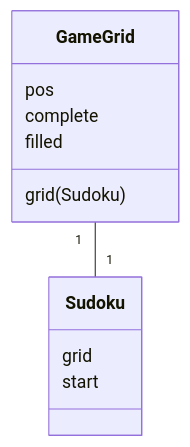
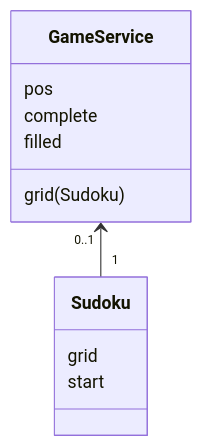
One commit to nikomakir/ot-harjoitustyo changed the first of 2 diagrams in dokumentaatio/arkkitehtuuri.md. Above: the diagram before and after it, drawn with Mermaid. The commit also changed other lines of this file, not shown here.

````diff
--- a/dokumentaatio/arkkitehtuuri.md
+++ b/dokumentaatio/arkkitehtuuri.md
@@ -5,15 +7,15 @@
 ```mermaid
 classDiagram
-   GameGrid "1" -- "1" Sudoku
+   GameService "0..1" <-- "1" Sudoku
    class Sudoku{
     grid 
     start
    }
-   class GameGrid{
+   class GameService{
     grid(Sudoku)
     pos
     complete
     filled
    }
 
 ``` 
````
